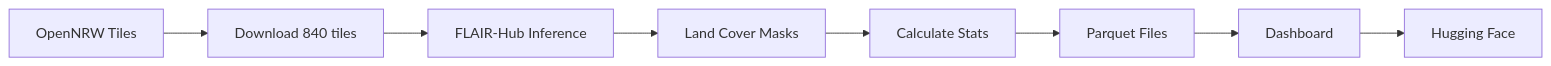
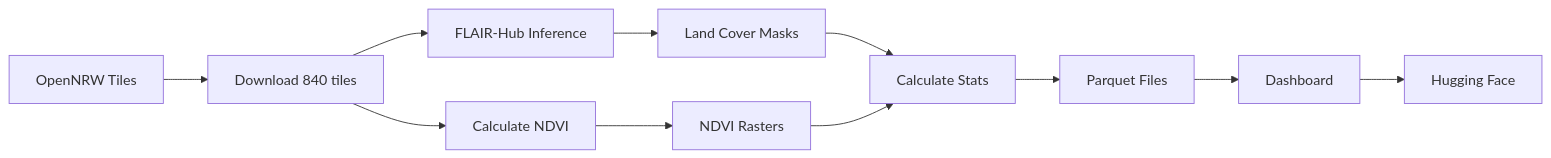
The diagram in README.md (Rahul-fix/cologne-green-project), drawn with Mermaid before and after one commit.

Commit message:
docs: Update workflow diagram to include NDVI calculation and parallel processing steps.

````diff
--- a/README.md
+++ b/README.md
@@ -127,10 +127,13 @@
 ```mermaid
 graph LR
     A[OpenNRW Tiles] --> B[Download 840 tiles]
     B --> C[FLAIR-Hub Inference]
-    C --> D[Land Cover Masks]
-    D --> E[Calculate Stats]
-    E --> F[Parquet Files]
-    F --> G[Dashboard]
-    G --> H[Hugging Face]
+    B --> D[Calculate NDVI]
+    C --> E[Land Cover Masks]
+    D --> F[NDVI Rasters]
+    E --> G[Calculate Stats]
+    F --> G
+    G --> H[Parquet Files]
+    H --> I[Dashboard]
+    I --> J[Hugging Face]
 ```
````
